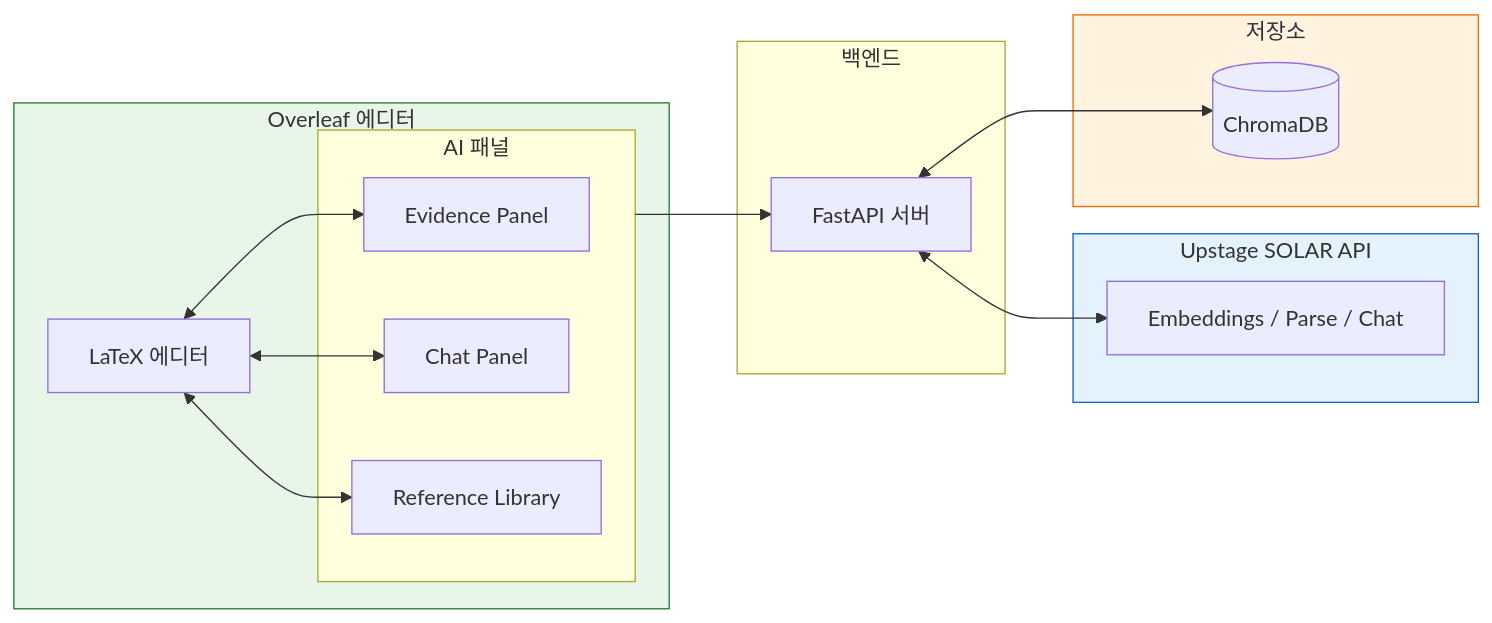
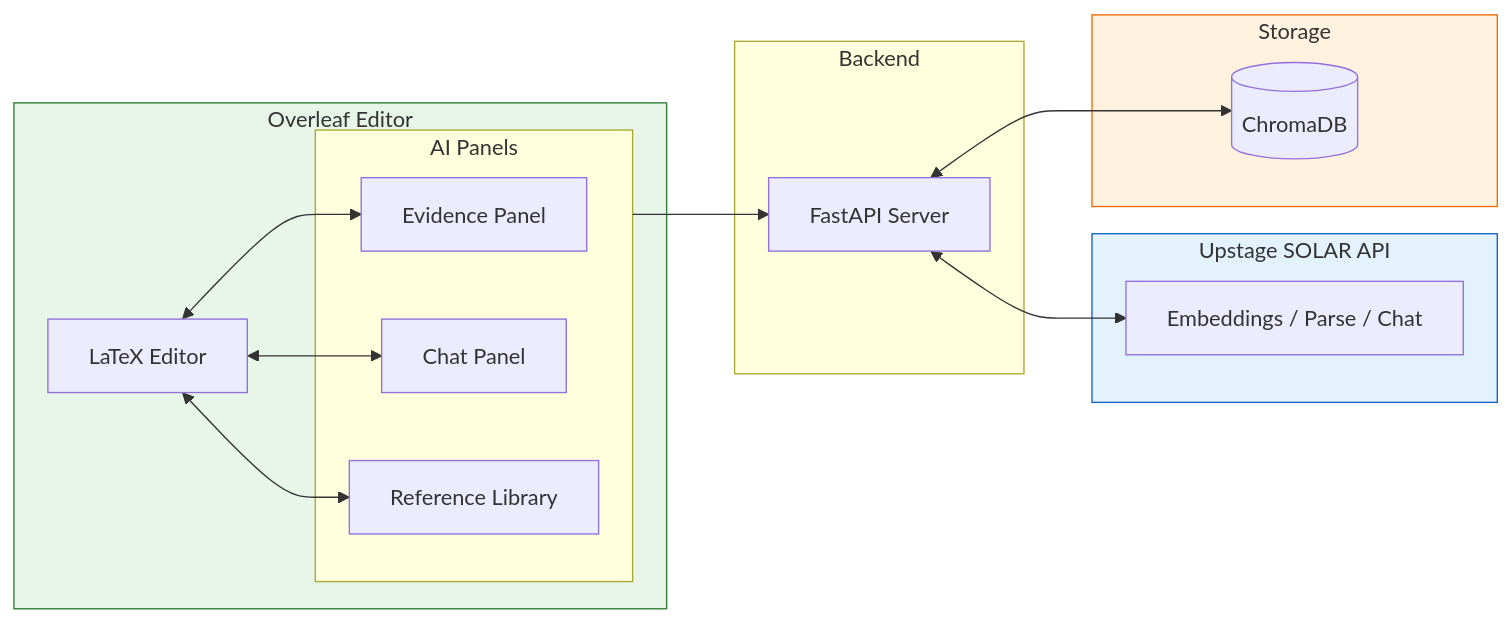
One commit to GoBeromsu/My-Awesome-RA changed the first of 4 diagrams in README.md. Above: the diagram before and after it, drawn with Mermaid. The commit also changed other lines of this file, not shown here.

````diff
--- a/README.md
+++ b/README.md
@@ -11,32 +21,32 @@
 ```mermaid
 flowchart LR
-    subgraph Overleaf["Overleaf 에디터"]
-        Editor["LaTeX 에디터"]
-        subgraph Panels["AI 패널"]
+    subgraph Overleaf["Overleaf Editor"]
+        Editor["LaTeX Editor"]
+        subgraph Panels["AI Panels"]
             Evidence["Evidence Panel"]
             Chat["Chat Panel"]
             RefLib["Reference Library"]
         end
     end
 
-    subgraph Backend["백엔드"]
-        API["FastAPI 서버"]
+    subgraph Backend["Backend"]
+        API["FastAPI Server"]
     end
 
     subgraph Upstage["Upstage SOLAR API"]
         Solar["Embeddings / Parse / Chat"]
     end
 
-    subgraph Storage["저장소"]
+    subgraph Storage["Storage"]
         Chroma[("ChromaDB")]
     end
 
     Editor <--> Evidence & Chat & RefLib
     Panels --> API
     API <--> Solar
     API <--> Chroma
 
     style Overleaf fill:#e8f5e9,stroke:#2e7d32
     style Upstage fill:#e3f2fd,stroke:#1565c0
     style Storage fill:#fff3e0,stroke:#ef6c00
 ```
````
